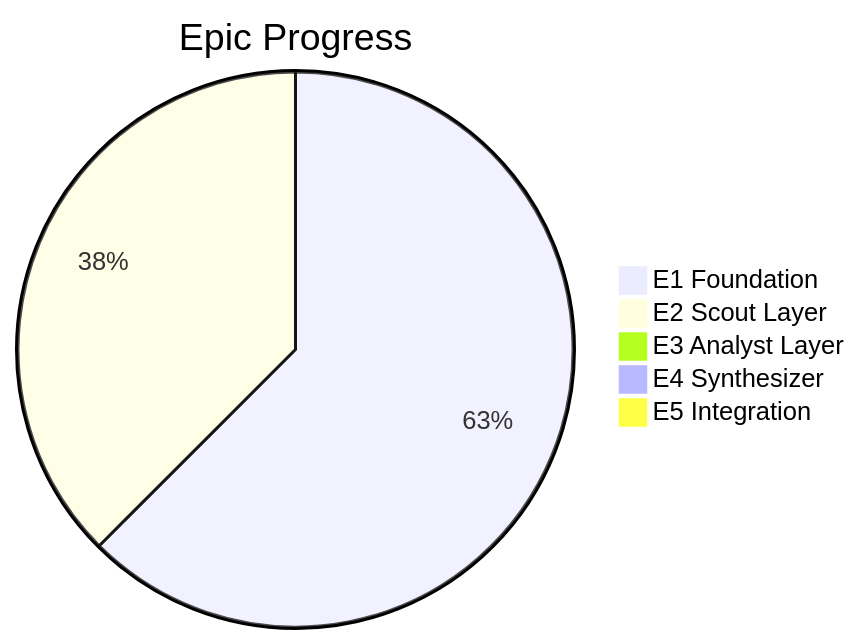
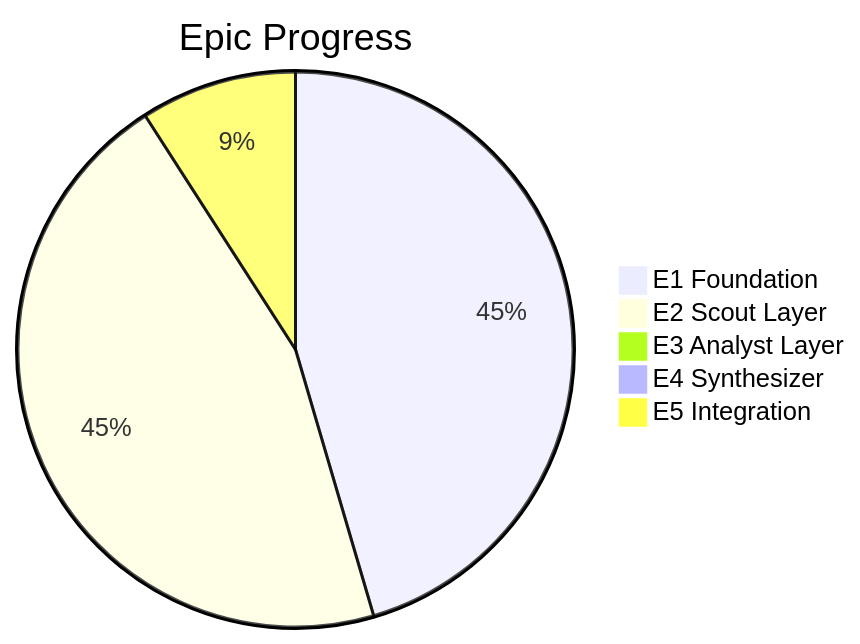
Before and after one commit to Hams-Ollo/open-sousveillance-studio: the first of 2 diagrams in docs/PROJECT_MANAGEMENT.md, drawn with Mermaid. The commit also changed other lines of this file and 5 other files, not shown here.

````diff
--- a/docs/PROJECT_MANAGEMENT.md
+++ b/docs/PROJECT_MANAGEMENT.md
@@ -52,8 +52,8 @@
 ```mermaid
 pie title Epic Progress
     "E1 Foundation" : 100
-    "E2 Scout Layer" : 60
+    "E2 Scout Layer" : 100
     "E3 Analyst Layer" : 0
     "E4 Synthesizer" : 0
-    "E5 Integration" : 0
+    "E5 Integration" : 20
 ```
````
